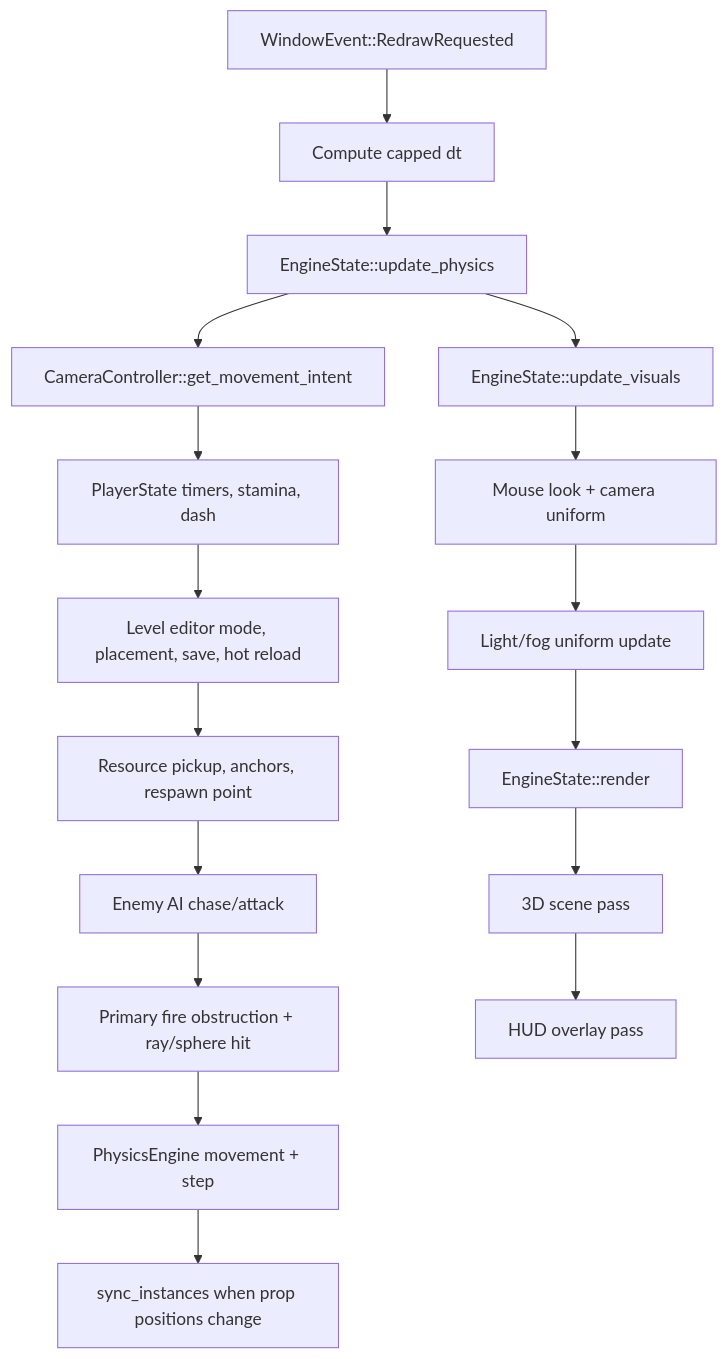
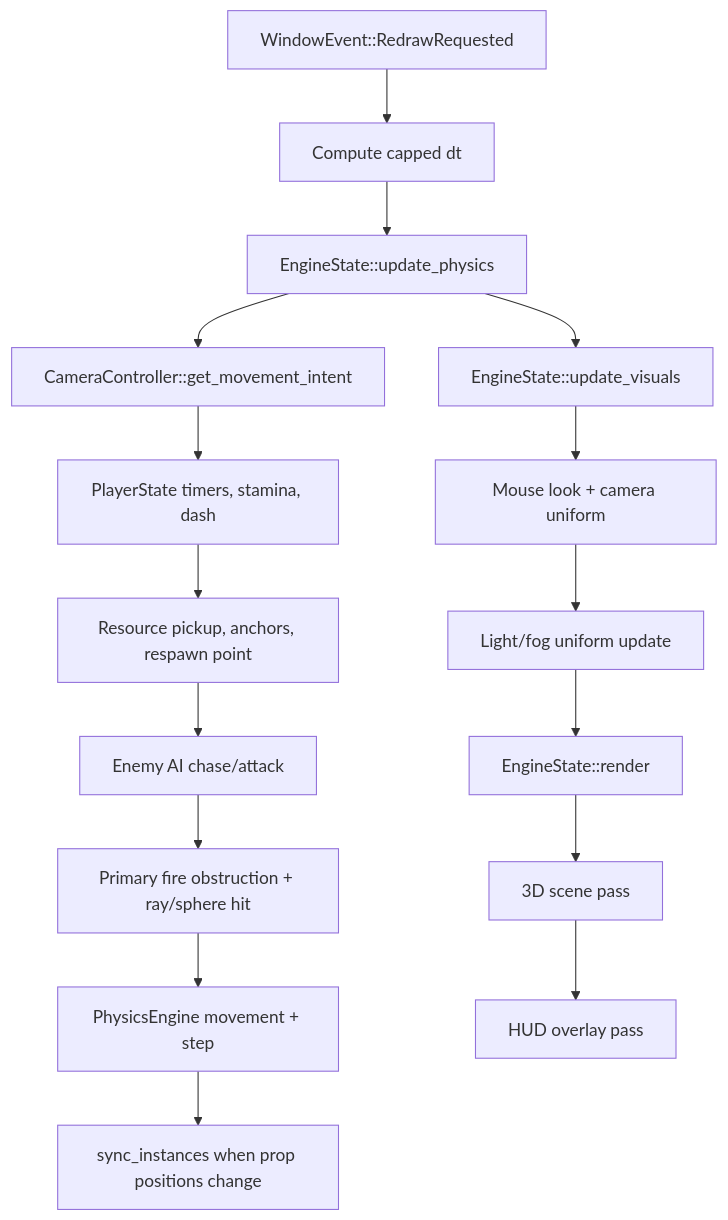
The second of 3 diagrams in docs/archive/PROJECT_LAYOUT_FLOWCHART.md (Cubwyn/Cenotaph), drawn with Mermaid before and after one commit. The commit also changed other lines of this file and 124 other files, not shown here.

````diff
--- a/docs/archive/PROJECT_LAYOUT_FLOWCHART.md
+++ b/docs/archive/PROJECT_LAYOUT_FLOWCHART.md
@@ -97,29 +97,28 @@
 ```mermaid
 flowchart TD
     redraw["WindowEvent::RedrawRequested"]
     dt["Compute capped dt"]
     physics_update["EngineState::update_physics"]
     visual_update["EngineState::update_visuals"]
     draw["EngineState::render"]
 
     movement["CameraController::get_movement_intent"]
     stamina["PlayerState timers, stamina, dash"]
-    editor["Level editor mode, placement, save, hot reload"]
     progression["Resource pickup, anchors, respawn point"]
     enemies["Enemy AI chase/attack"]
     combat["Primary fire obstruction + ray/sphere hit"]
     rapier["PhysicsEngine movement + step"]
     instances["sync_instances when prop positions change"]
 
     mouse["Mouse look + camera uniform"]
     light["Light/fog uniform update"]
     scene["3D scene pass"]
     overlay["HUD overlay pass"]
 
     redraw --> dt --> physics_update
-    physics_update --> movement --> stamina --> editor
-    editor --> progression --> enemies --> combat --> rapier --> instances
+    physics_update --> movement --> stamina --> progression
+    progression --> enemies --> combat --> rapier --> instances
     physics_update --> visual_update
     visual_update --> mouse --> light --> draw
     draw --> scene --> overlay
 ```
````
